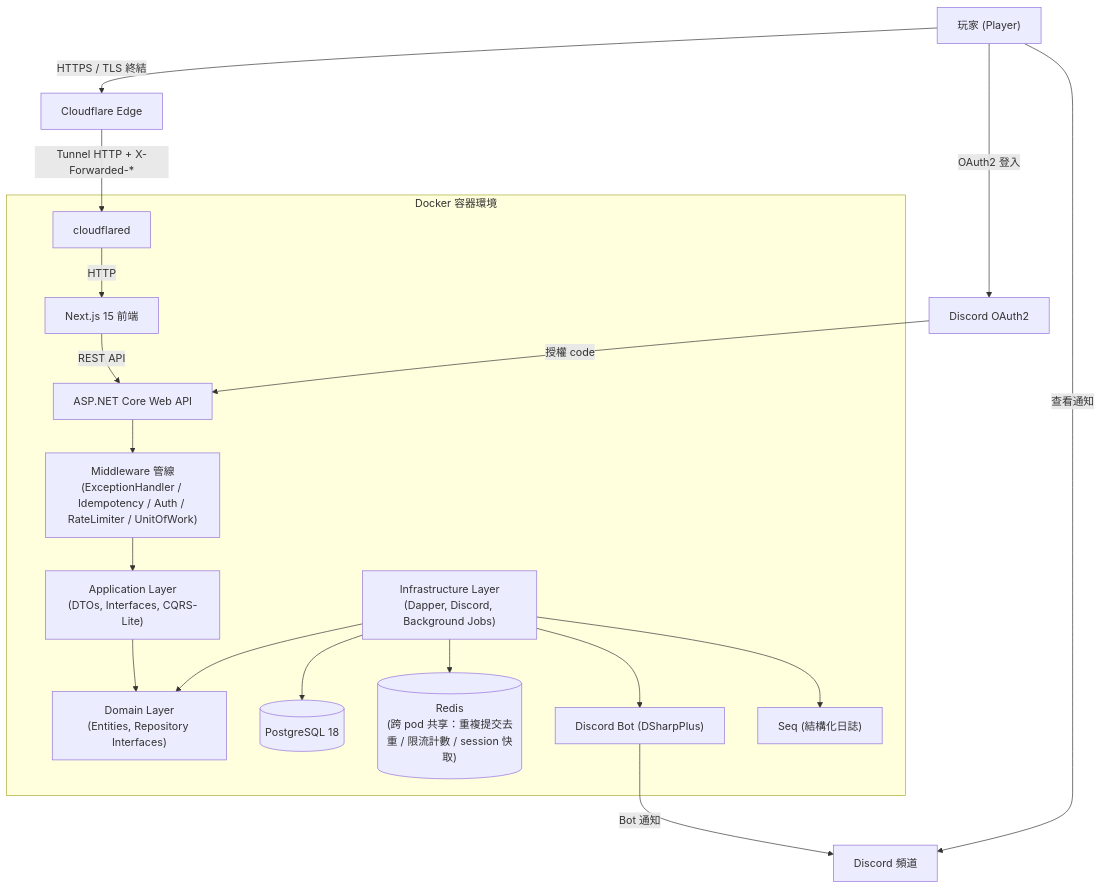
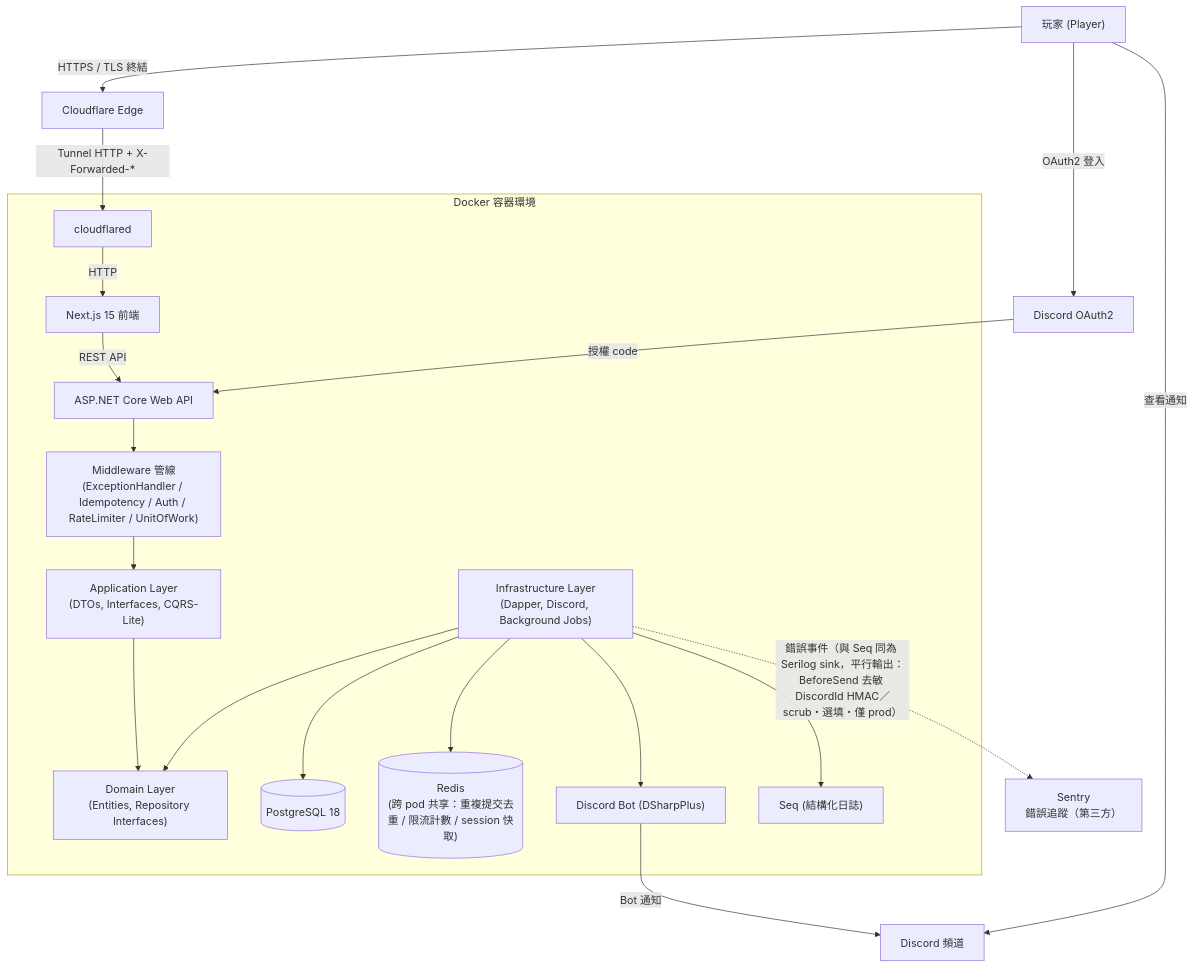
Before and after one commit to MinMiss5678/MapleStoryRaidScheduler: the first of 11 diagrams in docs/architecture.md, drawn with Mermaid. The commit also changed 1 other file, not shown here.

Commit message:
docs: 架構圖補 Sentry 旁路 sink + 新增檢視同步輪詢 plan
architecture.md 把 Sentry 畫成 Infrastructure 拉出的虛線 sink（與 Seq 平行的 Serilog sink、選填/僅 prod）。新增 plans/2026-09-02-leader-led-view-polling.md（不上 WS/SignalR 的取捨）。

````diff
--- a/docs/architecture.md
+++ b/docs/architecture.md
@@ -11,24 +11,26 @@
 ```mermaid
 graph TD
     User["玩家 (Player)"] -->|HTTPS / TLS 終結| Cloudflare["Cloudflare Edge"]
     Cloudflare -->|Tunnel HTTP + X-Forwarded-*| Cloudflared["cloudflared"]
 
     subgraph "Docker 容器環境"
         Cloudflared -->|HTTP| Frontend["Next.js 15 前端"]
         Frontend -->|REST API| Backend["ASP.NET Core Web API"]
         Backend --> Middleware["Middleware 管線\n(ExceptionHandler / Idempotency / Auth / RateLimiter / UnitOfWork)"]
         Middleware --> Application["Application Layer\n(DTOs, Interfaces, CQRS-Lite)"]
         Application --> Domain["Domain Layer\n(Entities, Repository Interfaces)"]
         Infrastructure["Infrastructure Layer\n(Dapper, Discord, Background Jobs)"] --> Domain
 
         Infrastructure --> DB[("PostgreSQL 18")]
         Infrastructure --> Redis[("Redis\n(跨 pod 共享：重複提交去重 / 限流計數 / session 快取)")]
         Infrastructure --> DiscordBot["Discord Bot (DSharpPlus)"]
         Infrastructure --> Seq["Seq (結構化日誌)"]
     end
 
     DiscordBot -->|Bot 通知| DiscordChannel["Discord 頻道"]
     User -->|查看通知| DiscordChannel
     User -->|OAuth2 登入| DiscordOAuth["Discord OAuth2"]
     DiscordOAuth -->|授權 code| Backend
+
+    Infrastructure -.->|"錯誤事件（與 Seq 同為 Serilog sink，平行輸出：BeforeSend 去敏 DiscordId HMAC／scrub・選填・僅 prod）"| Sentry["Sentry\n錯誤追蹤（第三方）"]
 ```
````
